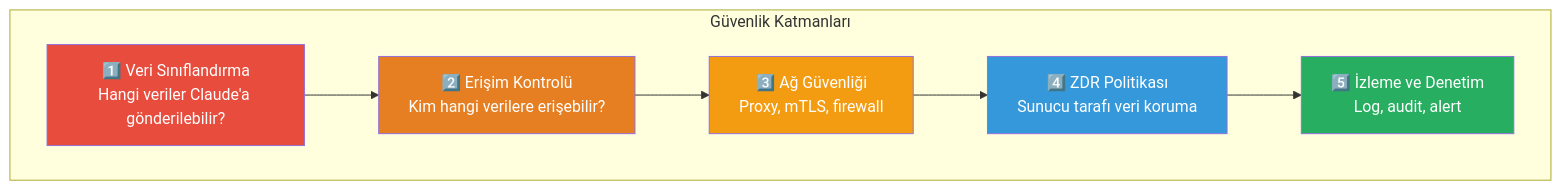
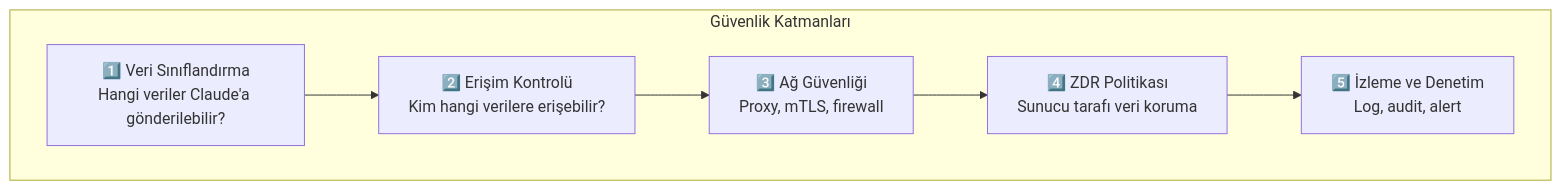
The fifth of 6 diagrams in 18-kurumsal-kullanim/08-veri-guvenligi-ve-zdr.md (IzzetYasinAtes/ClaudeCodeHandbook), drawn with Mermaid before and after one commit. The commit also changed other lines of this file and 97 other files, not shown here.

Commit message:
Remove all custom Mermaid style/fill colors from 98 markdown files for consistent dark theme rendering

````diff
--- a/18-kurumsal-kullanim/08-veri-guvenligi-ve-zdr.md
+++ b/18-kurumsal-kullanim/08-veri-guvenligi-ve-zdr.md
@@ -176,18 +161,13 @@
 ```mermaid
 flowchart TD
     subgraph layers ["Güvenlik Katmanları"]
         L1["1️⃣ Veri Sınıflandırma<br/>Hangi veriler Claude'a gönderilebilir?"]
         L2["2️⃣ Erişim Kontrolü<br/>Kim hangi verilere erişebilir?"]
         L3["3️⃣ Ağ Güvenliği<br/>Proxy, mTLS, firewall"]
         L4["4️⃣ ZDR Politikası<br/>Sunucu tarafı veri koruma"]
         L5["5️⃣ İzleme ve Denetim<br/>Log, audit, alert"]
     end
 
     L1 --> L2 --> L3 --> L4 --> L5
 
-    style L1 fill:#E74C3C,color:#fff
-    style L2 fill:#E67E22,color:#fff
-    style L3 fill:#F39C12,color:#fff
-    style L4 fill:#3498DB,color:#fff
-    style L5 fill:#27AE60,color:#fff
 ```
````
